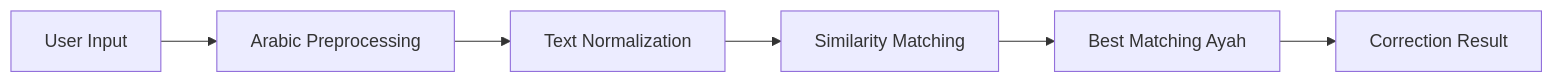
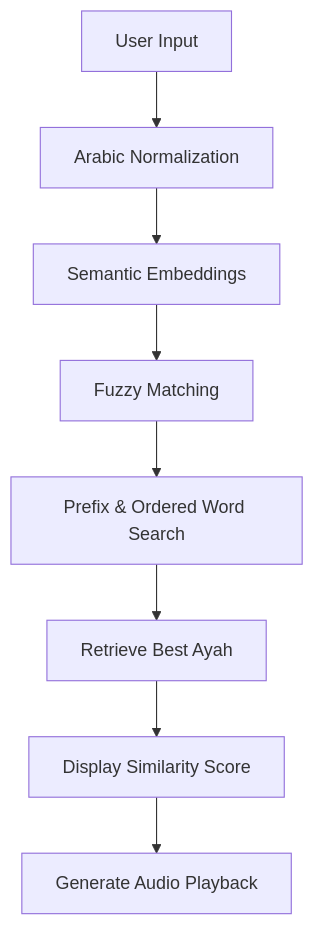
One commit to Mo22afa/quran-chatbot changed the diagram in README.md. Above: the diagram before and after it, drawn with Mermaid. The commit also changed other lines of this file, not shown here.

First line of the commit message:
Revise README for Quran Ayah Correction System

````diff
--- a/README.md
+++ b/README.md
@@ -37,8 +98,11 @@
 ```mermaid
-graph LR
-A[User Input] --> B[Arabic Preprocessing]
-B --> C[Text Normalization]
-C --> D[Similarity Matching]
-D --> E[Best Matching Ayah]
-E --> F[Correction Result]
+graph TD
+
+A[User Input] --> B[Arabic Normalization]
+B --> C[Semantic Embeddings]
+C --> D[Fuzzy Matching]
+D --> E[Prefix & Ordered Word Search]
+E --> F[Retrieve Best Ayah]
+F --> G[Display Similarity Score]
+G --> H[Generate Audio Playback]
 ```
````
